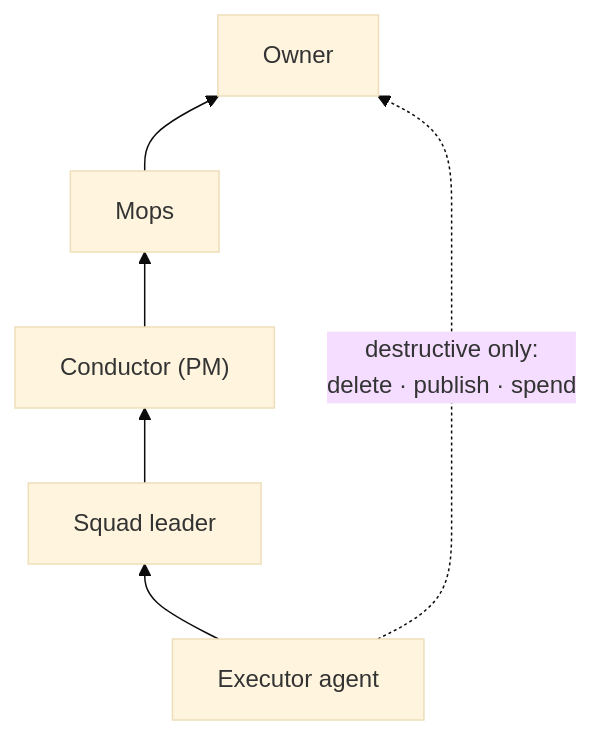
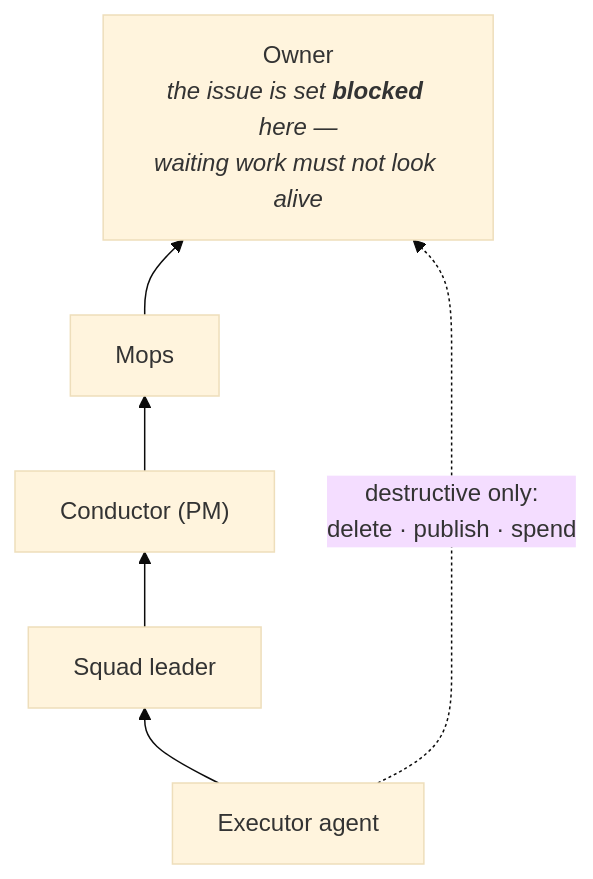
The fifth of 8 diagrams in WORKFLOW.md (jamillazarev/multica-ops), drawn with Mermaid (base theme) before and after one commit. The commit also changed other lines of this file and 4 other files, not shown here.

````diff
--- a/WORKFLOW.md
+++ b/WORKFLOW.md
@@ -103,8 +103,8 @@
 ```mermaid
 flowchart BT
     EXEC["Executor agent"] --> LEAD["Squad leader"]
     LEAD --> PM["Conductor (PM)"]
     PM --> MOPS["Mops"]
-    MOPS --> OWNER["Owner"]
+    MOPS --> OWNER["Owner<br/><i>the issue is set <b>blocked</b> here —<br/>waiting work must not look alive</i>"]
     EXEC -.->|"destructive only:<br/>delete · publish · spend"| OWNER
 ```
````
